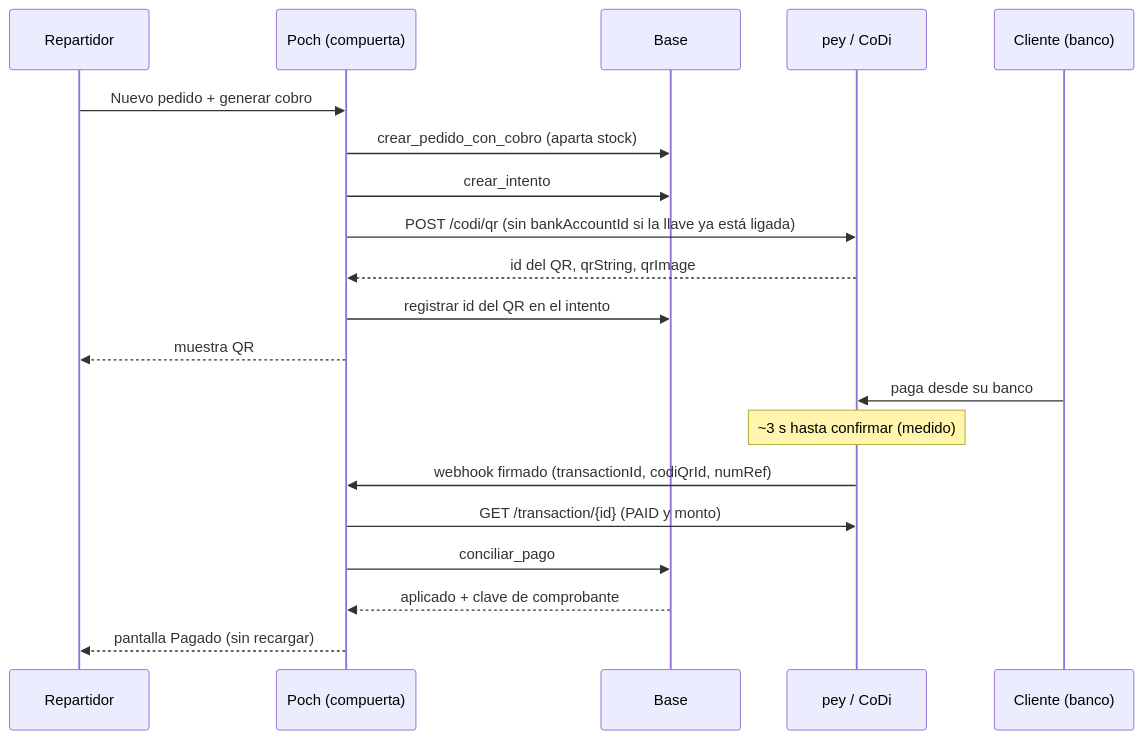
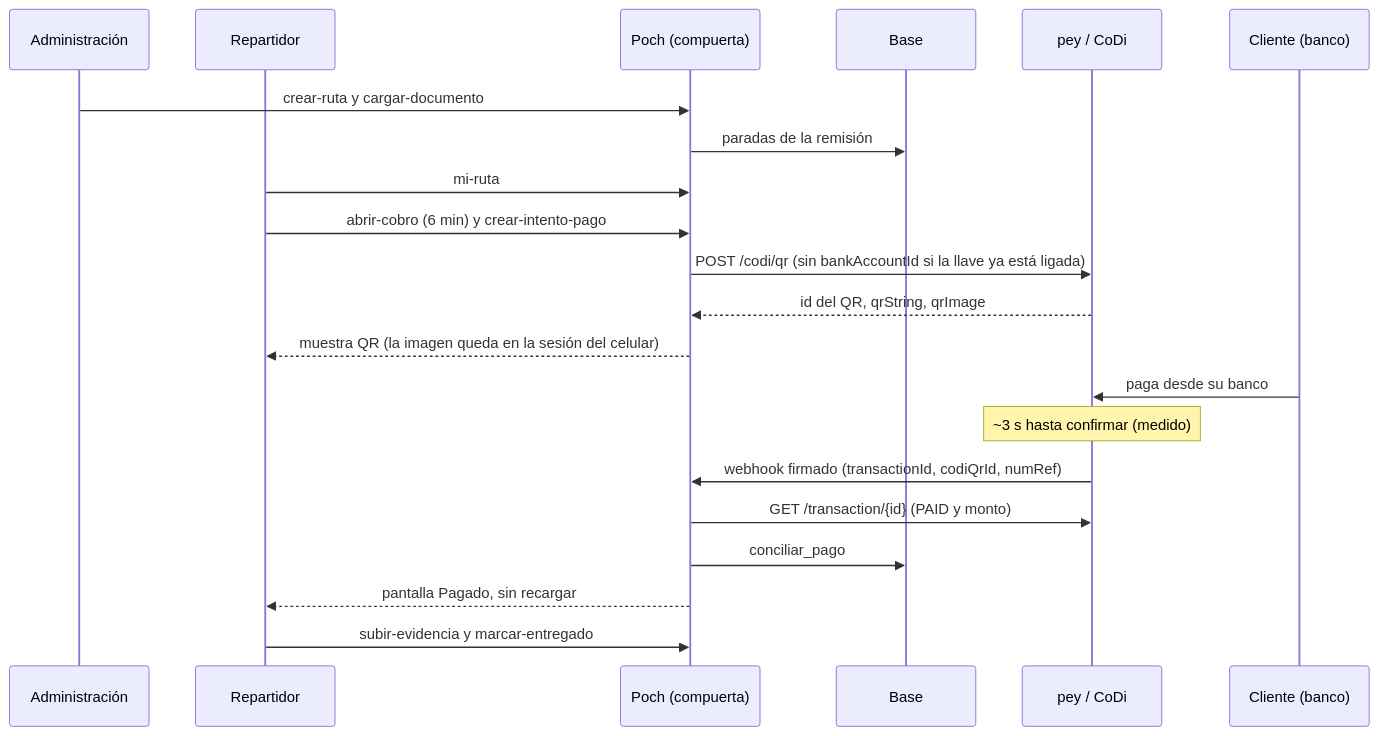
One commit to Lbassoco95/poch-cobro-en-ruta changed the diagram in README.md. Above: the diagram before and after it, drawn with Mermaid. The commit also changed other lines of this file and 50 other files, not shown here.

Commit message:
feat: front oscuro de la ruta de entrega y cobro

````diff
--- a/README.md
+++ b/README.md
@@ -15,23 +15,24 @@
 ```mermaid
 sequenceDiagram
+  participant Admin as Administración
   participant R as Repartidor
   participant A as Poch (compuerta)
   participant B as Base
   participant P as pey / CoDi
   participant C as Cliente (banco)
 
-  R->>A: Nuevo pedido + generar cobro
-  A->>B: crear_pedido_con_cobro (aparta stock)
-  A->>B: crear_intento
+  Admin->>A: crear-ruta y cargar-documento
+  A->>B: paradas de la remisión
+  R->>A: mi-ruta
+  R->>A: abrir-cobro (6 min) y crear-intento-pago
   A->>P: POST /codi/qr (sin bankAccountId si la llave ya está ligada)
   P-->>A: id del QR, qrString, qrImage
-  A->>B: registrar id del QR en el intento
-  A-->>R: muestra QR
+  A-->>R: muestra QR (la imagen queda en la sesión del celular)
   C->>P: paga desde su banco
   Note over P: ~3 s hasta confirmar (medido)
   P->>A: webhook firmado (transactionId, codiQrId, numRef)
   A->>P: GET /transaction/{id} (PAID y monto)
   A->>B: conciliar_pago
-  B-->>A: aplicado + clave de comprobante
-  A-->>R: pantalla Pagado (sin recargar)
+  A-->>R: pantalla Pagado, sin recargar
+  R->>A: subir-evidencia y marcar-entregado
 ```
````
